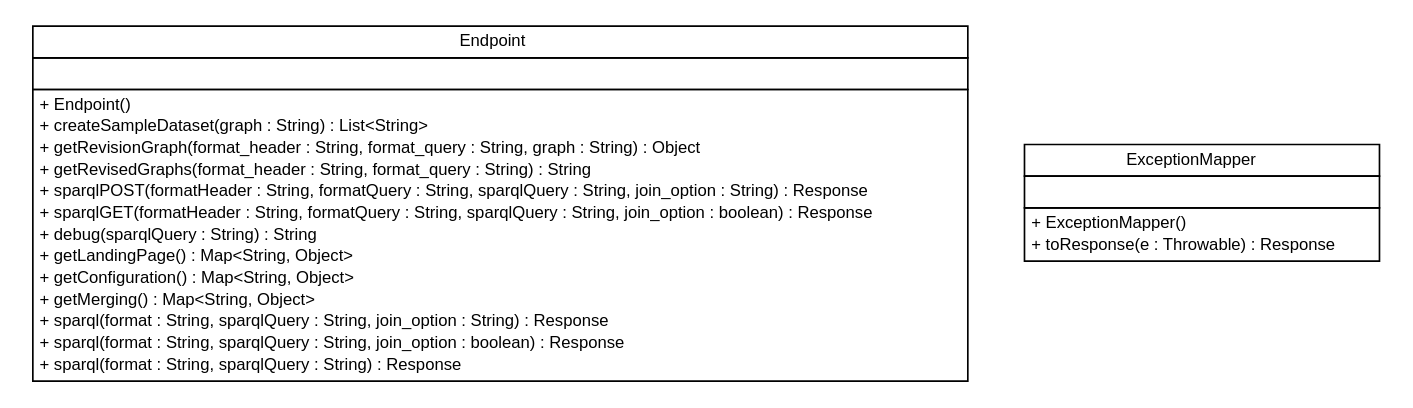
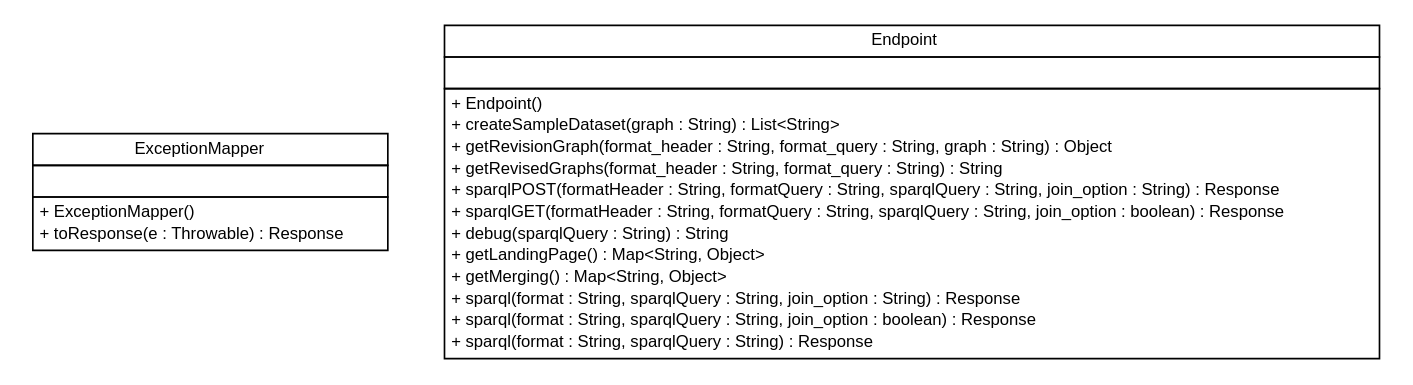
Before and after one commit to adrianorzyszek/r43ples: the diagram in site/apidocs/de/tud/plt/r43ples/webservice/de.tud.plt.r43ples.webservice.dot, drawn with Graphviz. The commit also changed 271 other files, not shown here.

```diff
--- a/site/apidocs/de/tud/plt/r43ples/webservice/de.tud.plt.r43ples.webservice.dot
+++ b/site/apidocs/de/tud/plt/r43ples/webservice/de.tud.plt.r43ples.webservice.dot
@@ -1,49 +1,48 @@
 #!/usr/local/bin/dot
 #
 # Class diagram 
 # Generated by UMLGraph version R5_6-24-gf6e263 (http://www.umlgraph.org/)
 #
 
 digraph G {
 	edge [fontname="Helvetica",fontsize=10,labelfontname="Helvetica",labelfontsize=10];
 	node [fontname="Helvetica",fontsize=10,shape=plaintext];
 	nodesep=0.25;
 	ranksep=0.5;
+	// de.tud.plt.r43ples.webservice.ExceptionMapper
+	c134 [label=<<table title="de.tud.plt.r43ples.webservice.ExceptionMapper" border="0" cellborder="1" cellspacing="0" cellpadding="2" port="p" href="./ExceptionMapper.html">
+		<tr><td><table border="0" cellspacing="0" cellpadding="1">
+<tr><td align="center" balign="center"> ExceptionMapper </td></tr>
+		</table></td></tr>
+		<tr><td><table border="0" cellspacing="0" cellpadding="1">
+<tr><td align="left" balign="left">  </td></tr>
+		</table></td></tr>
+		<tr><td><table border="0" cellspacing="0" cellpadding="1">
+<tr><td align="left" balign="left"> + ExceptionMapper() </td></tr>
+<tr><td align="left" balign="left"> + toResponse(e : Throwable) : Response </td></tr>
+		</table></td></tr>
+		</table>>, URL="./ExceptionMapper.html", fontname="Helvetica", fontcolor="black", fontsize=10.0];
 	// de.tud.plt.r43ples.webservice.Endpoint
-	c0 [label=<<table title="de.tud.plt.r43ples.webservice.Endpoint" border="0" cellborder="1" cellspacing="0" cellpadding="2" port="p" href="./Endpoint.html">
+	c135 [label=<<table title="de.tud.plt.r43ples.webservice.Endpoint" border="0" cellborder="1" cellspacing="0" cellpadding="2" port="p" href="./Endpoint.html">
 		<tr><td><table border="0" cellspacing="0" cellpadding="1">
 <tr><td align="center" balign="center"> Endpoint </td></tr>
 		</table></td></tr>
 		<tr><td><table border="0" cellspacing="0" cellpadding="1">
 <tr><td align="left" balign="left">  </td></tr>
 		</table></td></tr>
 		<tr><td><table border="0" cellspacing="0" cellpadding="1">
 <tr><td align="left" balign="left"> + Endpoint() </td></tr>
 <tr><td align="left" balign="left"> + createSampleDataset(graph : String) : List&lt;String&gt; </td></tr>
 <tr><td align="left" balign="left"> + getRevisionGraph(format_header : String, format_query : String, graph : String) : Object </td></tr>
 <tr><td align="left" balign="left"> + getRevisedGraphs(format_header : String, format_query : String) : String </td></tr>
 <tr><td align="left" balign="left"> + sparqlPOST(formatHeader : String, formatQuery : String, sparqlQuery : String, join_option : String) : Response </td></tr>
 <tr><td align="left" balign="left"> + sparqlGET(formatHeader : String, formatQuery : String, sparqlQuery : String, join_option : boolean) : Response </td></tr>
 <tr><td align="left" balign="left"> + debug(sparqlQuery : String) : String </td></tr>
 <tr><td align="left" balign="left"> + getLandingPage() : Map&lt;String, Object&gt; </td></tr>
-<tr><td align="left" balign="left"> + getConfiguration() : Map&lt;String, Object&gt; </td></tr>
 <tr><td align="left" balign="left"> + getMerging() : Map&lt;String, Object&gt; </td></tr>
 <tr><td align="left" balign="left"> + sparql(format : String, sparqlQuery : String, join_option : String) : Response </td></tr>
 <tr><td align="left" balign="left"> + sparql(format : String, sparqlQuery : String, join_option : boolean) : Response </td></tr>
 <tr><td align="left" balign="left"> + sparql(format : String, sparqlQuery : String) : Response </td></tr>
 		</table></td></tr>
 		</table>>, URL="./Endpoint.html", fontname="Helvetica", fontcolor="black", fontsize=10.0];
-	// de.tud.plt.r43ples.webservice.ExceptionMapper
-	c1 [label=<<table title="de.tud.plt.r43ples.webservice.ExceptionMapper" border="0" cellborder="1" cellspacing="0" cellpadding="2" port="p" href="./ExceptionMapper.html">
-		<tr><td><table border="0" cellspacing="0" cellpadding="1">
-<tr><td align="center" balign="center"> ExceptionMapper </td></tr>
-		</table></td></tr>
-		<tr><td><table border="0" cellspacing="0" cellpadding="1">
-<tr><td align="left" balign="left">  </td></tr>
-		</table></td></tr>
-		<tr><td><table border="0" cellspacing="0" cellpadding="1">
-<tr><td align="left" balign="left"> + ExceptionMapper() </td></tr>
-<tr><td align="left" balign="left"> + toResponse(e : Throwable) : Response </td></tr>
-		</table></td></tr>
-		</table>>, URL="./ExceptionMapper.html", fontname="Helvetica", fontcolor="black", fontsize=10.0];
 }
```
